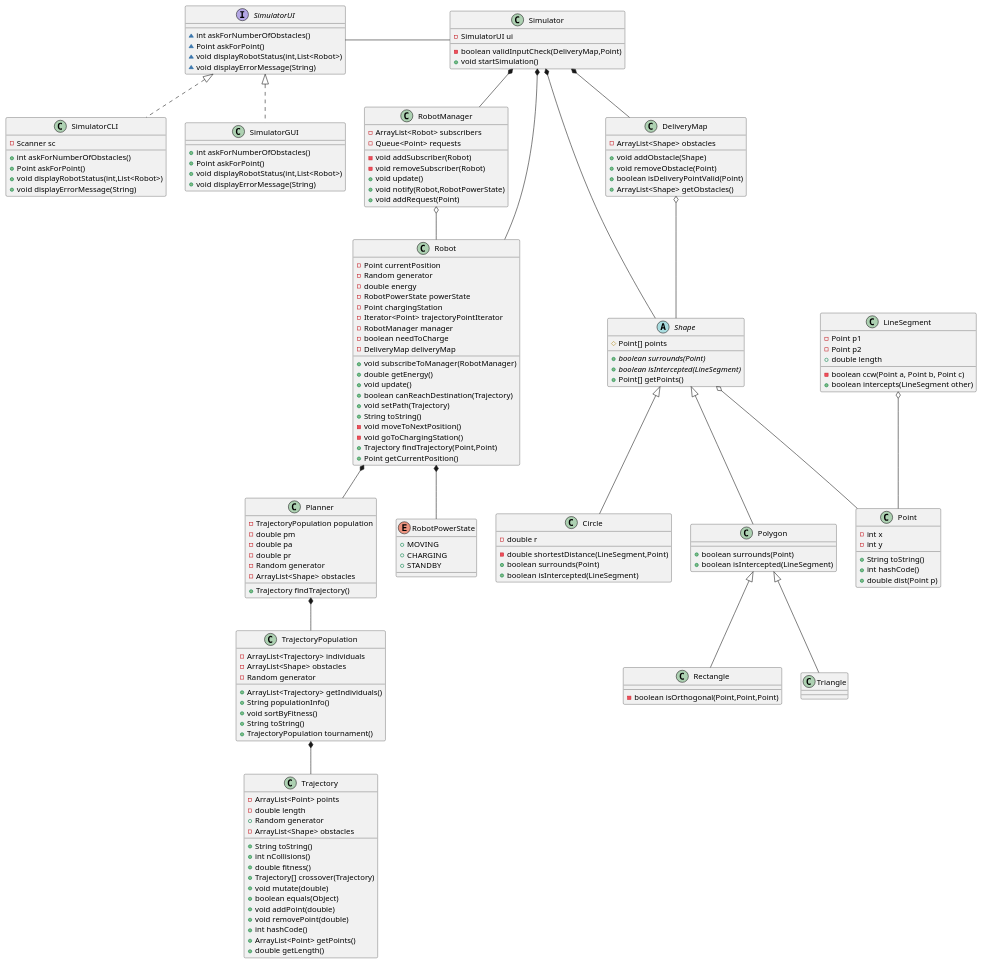
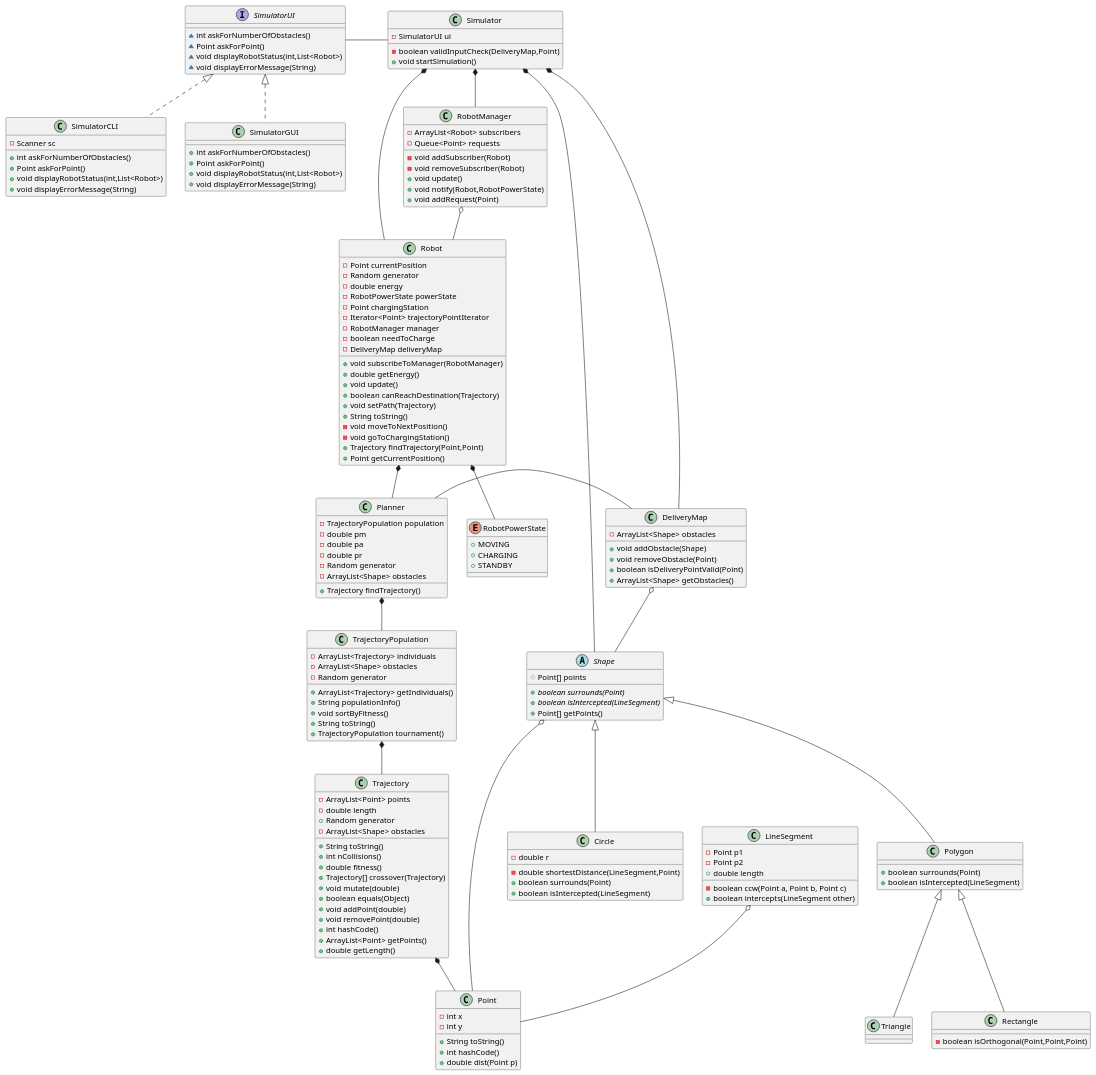
One commit to Ohmmsons/FactoryRobots changed the diagram in Diagram.puml. Above: the diagram before and after it, drawn with PlantUML. The commit also changed 6 other files, not shown here.

```diff
--- a/Diagram.puml
+++ b/Diagram.puml
@@ -1,166 +1,168 @@
 @startuml
 class RobotManager {
 - ArrayList<Robot> subscribers
 - Queue<Point> requests
 - void addSubscriber(Robot)
 - void removeSubscriber(Robot)
 + void update()
 + void notify(Robot,RobotPowerState)
 + void addRequest(Point)
 }
 class Planner {
 - TrajectoryPopulation population
 - double pm
 - double pa
 - double pr
 - Random generator
 - ArrayList<Shape> obstacles
 + Trajectory findTrajectory()
 }
 class Circle {
 - double r
 - double shortestDistance(LineSegment,Point)
 + boolean surrounds(Point)
 + boolean isIntercepted(LineSegment)
 }
 enum RobotPowerState {
 +  MOVING
 +  CHARGING
 +  STANDBY
 }
 
 
 
 abstract class Shape {
 # Point[] points
 + {abstract}boolean surrounds(Point)
 + {abstract}boolean isIntercepted(LineSegment)
 + Point[] getPoints()
 }
 class Robot {
 - Point currentPosition
 - Random generator
 - double energy
 - RobotPowerState powerState
 - Point chargingStation
 - Iterator<Point> trajectoryPointIterator
 - RobotManager manager
 - boolean needToCharge
 - DeliveryMap deliveryMap
 + void subscribeToManager(RobotManager)
 + double getEnergy()
 + void update()
 + boolean canReachDestination(Trajectory)
 + void setPath(Trajectory)
 + String toString()
 - void moveToNextPosition()
 - void goToChargingStation()
 + Trajectory findTrajectory(Point,Point)
 + Point getCurrentPosition()
 }
 
 class Simulator {
 - SimulatorUI ui
 - boolean validInputCheck(DeliveryMap,Point)
 + void startSimulation()
 }
 class TrajectoryPopulation {
 - ArrayList<Trajectory> individuals
 - ArrayList<Shape> obstacles
 - Random generator
 + ArrayList<Trajectory> getIndividuals()
 + String populationInfo()
 + void sortByFitness()
 + String toString()
 + TrajectoryPopulation tournament()
 }
 class Polygon {
 + boolean surrounds(Point)
 + boolean isIntercepted(LineSegment)
 }
 interface SimulatorUI {
 ~ int askForNumberOfObstacles()
 ~ Point askForPoint()
 ~ void displayRobotStatus(int,List<Robot>)
 ~ void displayErrorMessage(String)
 }
 class DeliveryMap {
 - ArrayList<Shape> obstacles
 + void addObstacle(Shape)
 + void removeObstacle(Point)
 + boolean isDeliveryPointValid(Point)
 + ArrayList<Shape> getObstacles()
 }
 class Rectangle {
 - boolean isOrthogonal(Point,Point,Point)
 }
 class Trajectory {
 - ArrayList<Point> points
 - double length
 + Random generator
 - ArrayList<Shape> obstacles
 + String toString()
 + int nCollisions()
 + double fitness()
 + Trajectory[] crossover(Trajectory)
 + void mutate(double)
 + boolean equals(Object)
 + void addPoint(double)
 + void removePoint(double)
 + int hashCode()
 + ArrayList<Point> getPoints()
 + double getLength()
 }
 class Triangle {
 }
 class SimulatorCLI {
 - Scanner sc
 + int askForNumberOfObstacles()
 + Point askForPoint()
 + void displayRobotStatus(int,List<Robot>)
 + void displayErrorMessage(String)
 }
 class SimulatorGUI {
 + int askForNumberOfObstacles()
 + Point askForPoint()
 + void displayRobotStatus(int,List<Robot>)
 + void displayErrorMessage(String)
 }
 
 class LineSegment{
 -Point p1
 -Point p2
 -boolean ccw(Point a, Point b, Point c)
 +boolean intercepts(LineSegment other)
 +double length
 }
 class Point{
 -int x
 -int y
 +String toString()
 +int hashCode()
 +double dist(Point p)
 }
 
 
 
 Shape <|-- Circle
 Shape <|-- Polygon
 Polygon <|-- Rectangle
 Polygon <|-- Triangle
 SimulatorUI - Simulator
 Robot *-- RobotPowerState
 TrajectoryPopulation *-- Trajectory
 Planner *-- TrajectoryPopulation
 Robot *-- Planner
 Simulator *-- DeliveryMap
 Simulator *-- RobotManager
 Simulator *-- Robot
 RobotManager o-- Robot
 DeliveryMap o-- Shape
 Simulator *-- Shape
 LineSegment o-- Point
 Shape o-- Point
+Trajectory *-- Point
+Planner - DeliveryMap
 SimulatorUI <|.. SimulatorCLI
 SimulatorUI <|.. SimulatorGUI
 @enduml
```
